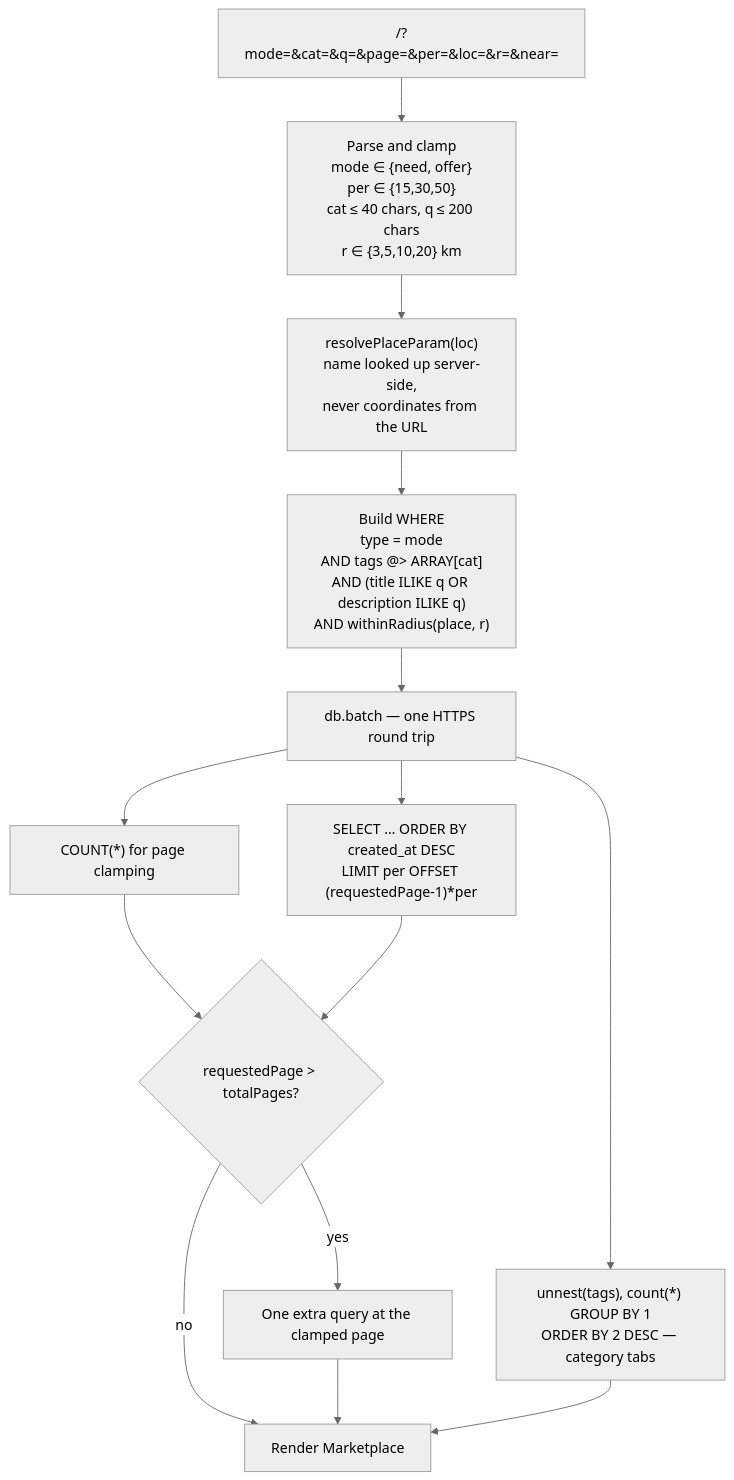
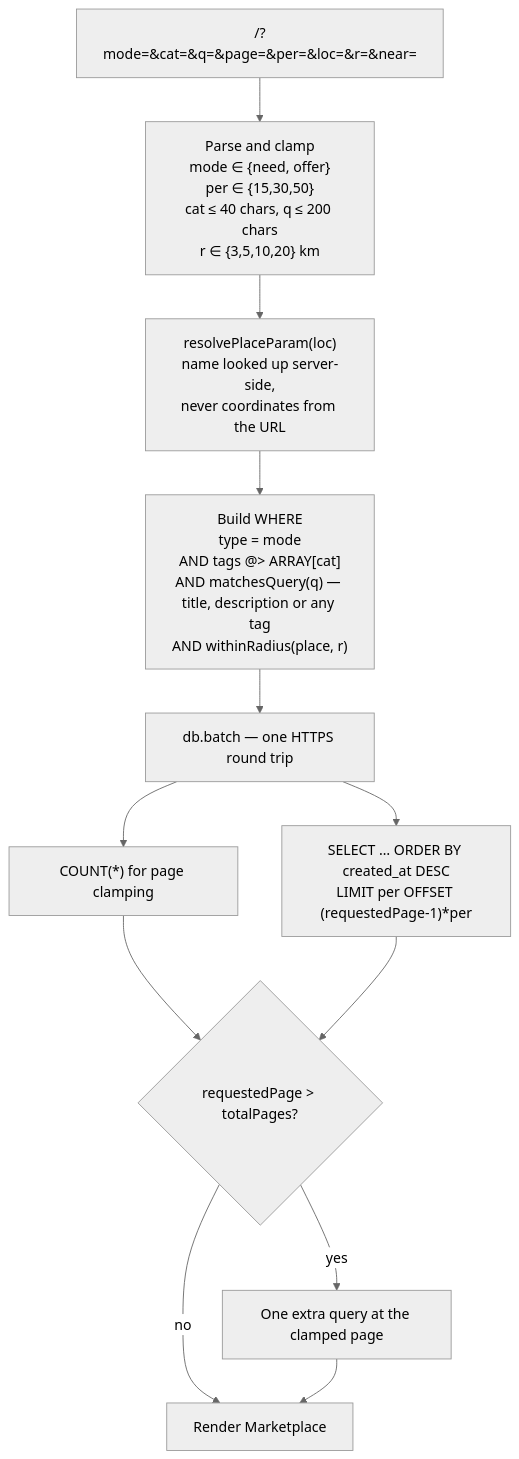
The seventh of 12 diagrams in README.md (InnoLab-2026/FeedmyFrog), drawn with Mermaid (neutral theme) before and after one commit. The commit also changed other lines of this file and 20 other files, not shown here.

````diff
--- a/README.md
+++ b/README.md
@@ -599,15 +604,13 @@
 ```mermaid
 flowchart TD
     URL["/?mode=&cat=&q=&page=&per=&loc=&r=&near="] --> PARSE["Parse and clamp<br/>mode ∈ {need, offer}<br/>per ∈ {15,30,50}<br/>cat ≤ 40 chars, q ≤ 200 chars<br/>r ∈ {3,5,10,20} km"]
     PARSE --> PLACE["resolvePlaceParam(loc)<br/>name looked up server-side,<br/>never coordinates from the URL"]
-    PLACE --> WHERE["Build WHERE<br/>type = mode<br/>AND tags @> ARRAY[cat]<br/>AND (title ILIKE q OR description ILIKE q)<br/>AND withinRadius(place, r)"]
+    PLACE --> WHERE["Build WHERE<br/>type = mode<br/>AND tags @> ARRAY[cat]<br/>AND matchesQuery(q) — title, description or any tag<br/>AND withinRadius(place, r)"]
     WHERE --> BATCH["db.batch — one HTTPS round trip"]
     BATCH --> C1["COUNT(*) for page clamping"]
-    BATCH --> C2["unnest(tags), count(*) GROUP BY 1<br/>ORDER BY 2 DESC — category tabs"]
     BATCH --> C3["SELECT … ORDER BY created_at DESC<br/>LIMIT per OFFSET (requestedPage-1)*per"]
     C1 --> CLAMP{"requestedPage > totalPages?"}
     C3 --> CLAMP
     CLAMP -->|"no"| RENDER["Render Marketplace"]
     CLAMP -->|"yes"| REFETCH["One extra query at the clamped page"] --> RENDER
-    C2 --> RENDER
 ```
````
